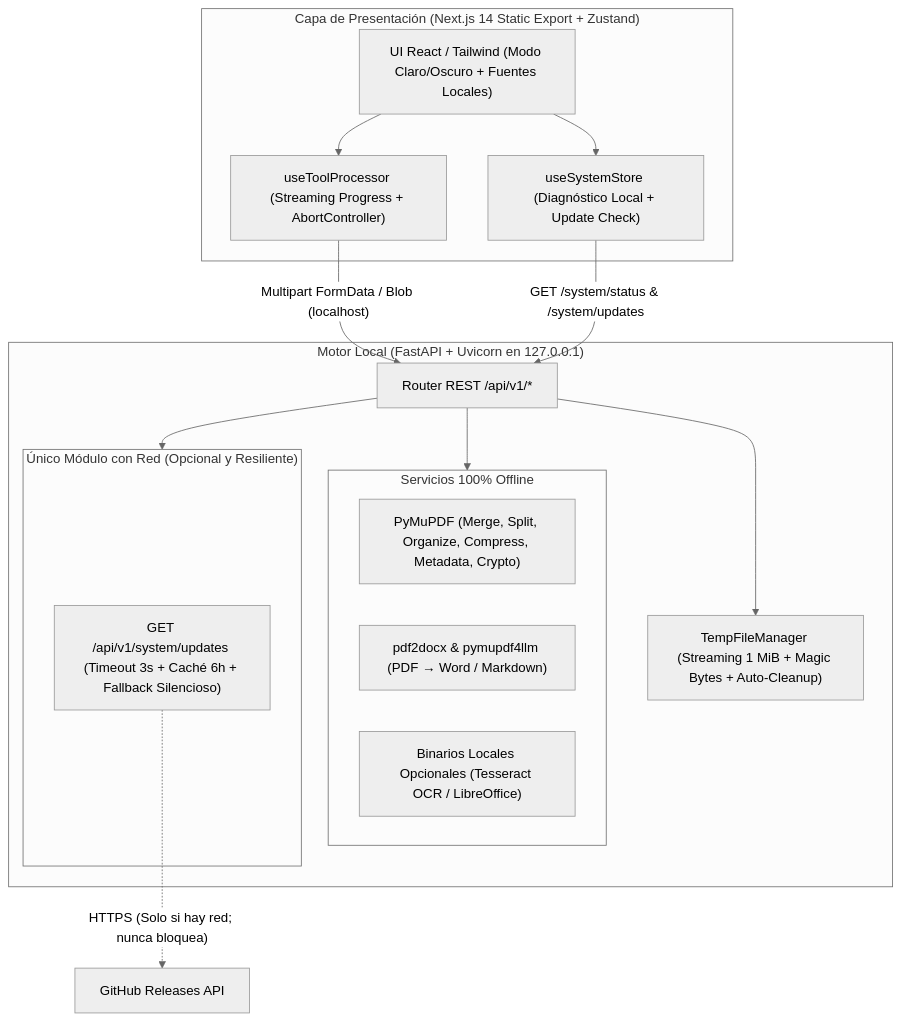
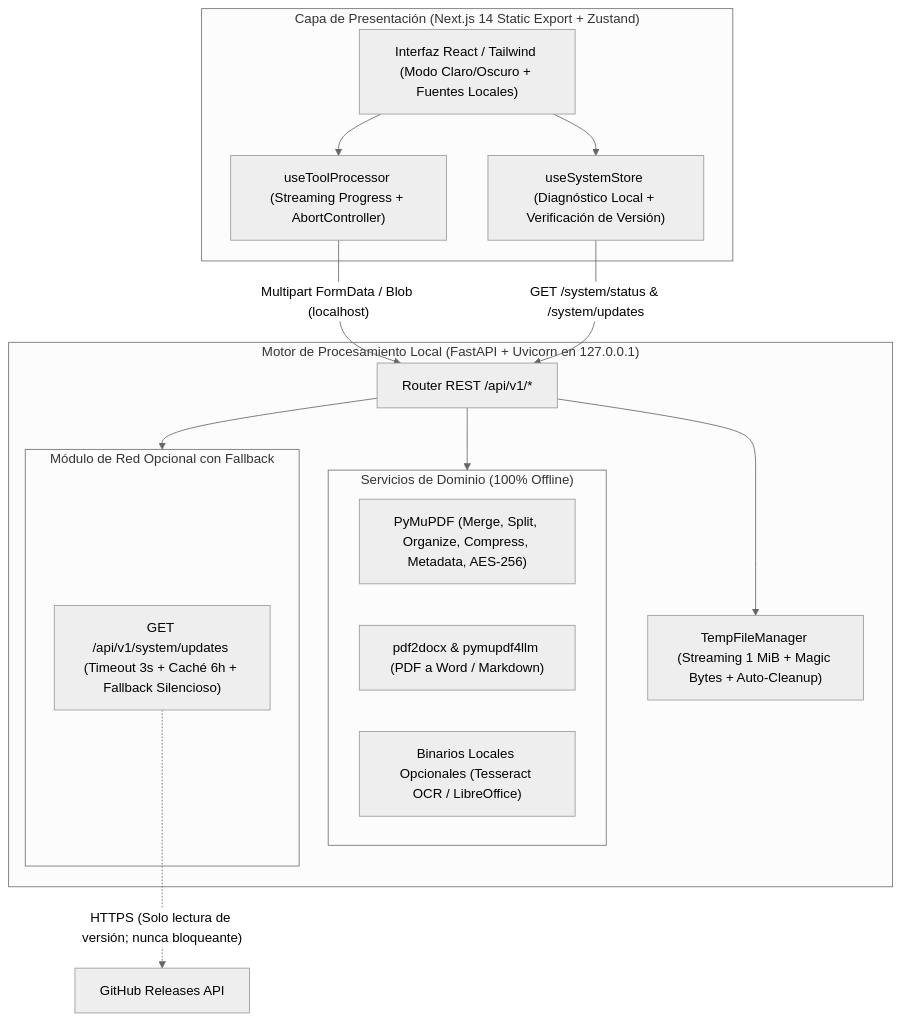
The diagram in README.md (albert-dilas/OpenPDF), drawn with Mermaid (neutral theme) before and after one commit. The commit also changed other lines of this file and 12 other files, not shown here.

````diff
--- a/README.md
+++ b/README.md
@@ -107,33 +107,33 @@
 ```mermaid
 flowchart TD
     subgraph Client ["Capa de Presentación (Next.js 14 Static Export + Zustand)"]
-        UI["UI React / Tailwind (Modo Claro/Oscuro + Fuentes Locales)"]
+        UI["Interfaz React / Tailwind (Modo Claro/Oscuro + Fuentes Locales)"]
         Hook["useToolProcessor (Streaming Progress + AbortController)"]
-        SysStore["useSystemStore (Diagnóstico Local + Update Check)"]
+        SysStore["useSystemStore (Diagnóstico Local + Verificación de Versión)"]
         UI --> Hook
         UI --> SysStore
     end
 
-    subgraph Server ["Motor Local (FastAPI + Uvicorn en 127.0.0.1)"]
+    subgraph Server ["Motor de Procesamiento Local (FastAPI + Uvicorn en 127.0.0.1)"]
         API["Router REST /api/v1/*"]
         TempMgr["TempFileManager (Streaming 1 MiB + Magic Bytes + Auto-Cleanup)"]
         
-        subgraph CoreServices ["Servicios 100% Offline"]
-            Fitz["PyMuPDF (Merge, Split, Organize, Compress, Metadata, Crypto)"]
-            Docx["pdf2docx & pymupdf4llm (PDF → Word / Markdown)"]
+        subgraph CoreServices ["Servicios de Dominio (100% Offline)"]
+            Fitz["PyMuPDF (Merge, Split, Organize, Compress, Metadata, AES-256)"]
+            Docx["pdf2docx & pymupdf4llm (PDF a Word / Markdown)"]
             Bins["Binarios Locales Opcionales (Tesseract OCR / LibreOffice)"]
         end
 
-        subgraph OnlineModule ["Único Módulo con Red (Opcional y Resiliente)"]
+        subgraph OnlineModule ["Módulo de Red Opcional con Fallback"]
             Upd["GET /api/v1/system/updates (Timeout 3s + Caché 6h + Fallback Silencioso)"]
         end
 
         API --> TempMgr
         API --> CoreServices
         API --> OnlineModule
     end
 
     Hook -- "Multipart FormData / Blob (localhost)" --> API
     SysStore -- "GET /system/status & /system/updates" --> API
-    Upd -. "HTTPS (Solo si hay red; nunca bloquea)" .-> GH["GitHub Releases API"]
+    Upd -. "HTTPS (Solo lectura de versión; nunca bloqueante)" .-> GH["GitHub Releases API"]
 ```
````
